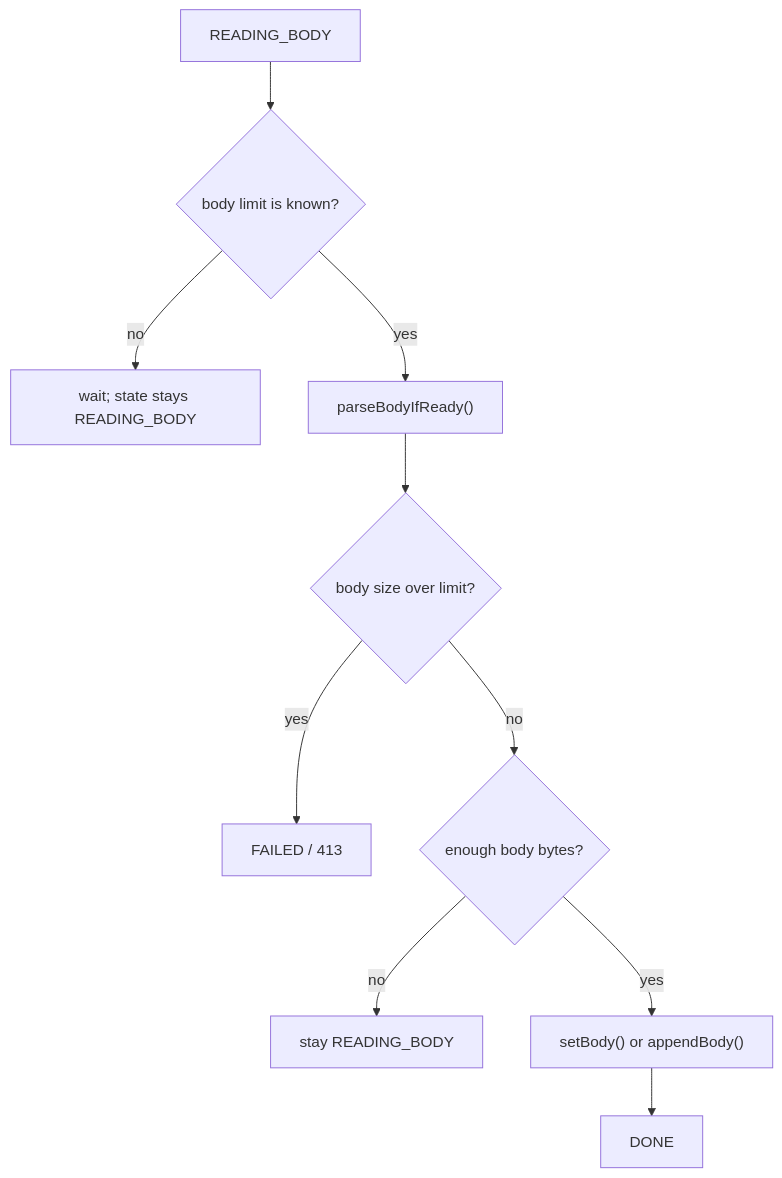
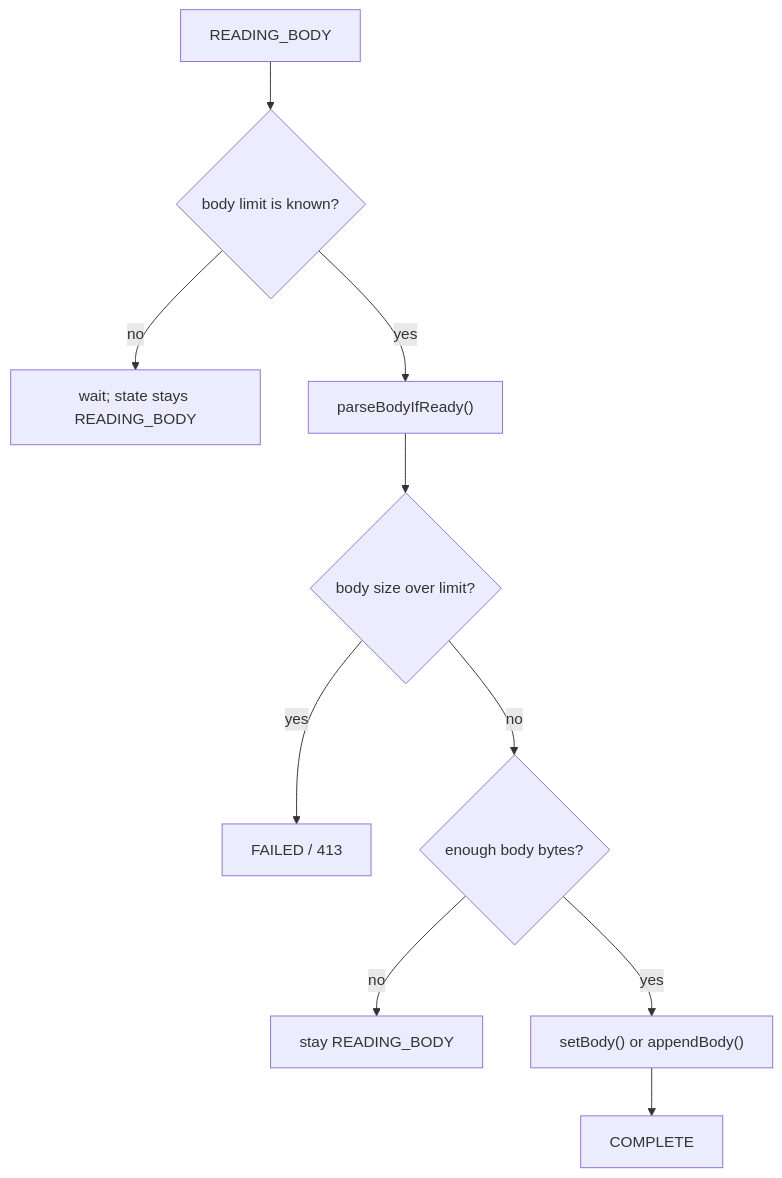
One commit to gkrtjd99/Webserv changed the fifth of 7 diagrams in docs/HTTP/request-parser-design.md. Above: the diagram before and after it, drawn with Mermaid. The commit also changed other lines of this file and 5 other files, not shown here.

````diff
--- a/docs/HTTP/request-parser-design.md
+++ b/docs/HTTP/request-parser-design.md
@@ -127,12 +127,12 @@
 ```mermaid
 flowchart TD
     A["READING_BODY"] --> B{"body limit is known?"}
     B -->|"no"| C["wait; state stays READING_BODY"]
     B -->|"yes"| D["parseBodyIfReady()"]
     D --> E{"body size over limit?"}
     E -->|"yes"| F["FAILED / 413"]
     E -->|"no"| G{"enough body bytes?"}
     G -->|"no"| H["stay READING_BODY"]
     G -->|"yes"| I["setBody() or appendBody()"]
-    I --> J["DONE"]
+    I --> J["COMPLETE"]
 ```
````
